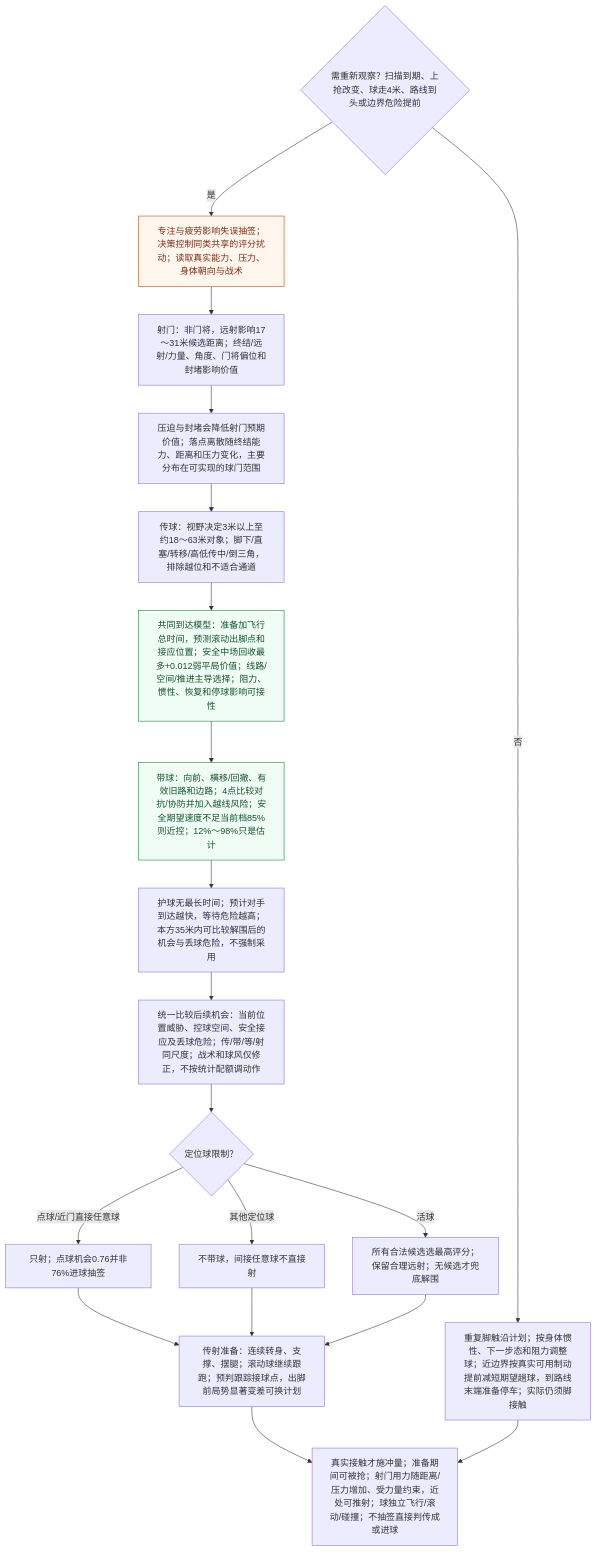
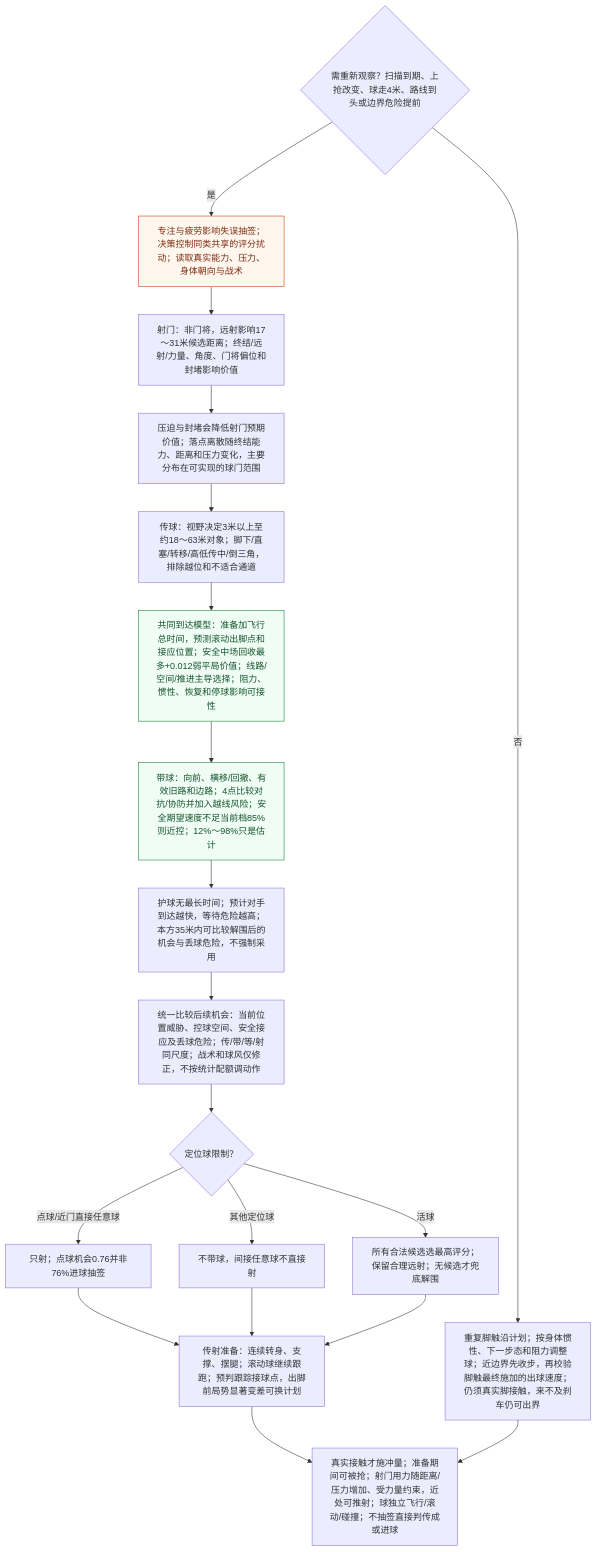
One commit to sixu3575/touchline-manager changed the fifth of 7 diagrams in packages/shared/modules/matches/design/PLAYER_DECISION_MAP.md. Above: the diagram before and after it, drawn with Mermaid. The commit also changed other lines of this file and 12 other files, not shown here.

````diff
--- a/packages/shared/modules/matches/design/PLAYER_DECISION_MAP.md
+++ b/packages/shared/modules/matches/design/PLAYER_DECISION_MAP.md
@@ -185,25 +185,25 @@
 ```mermaid
 flowchart TD
-  A0{"需重新观察？扫描到期、上抢改变、球走4米、路线到头或边界危险提前"} -->|否| AM["重复脚触沿计划；按身体惯性、下一步态和阻力调整球；近边界按真实可用制动提前减短期望趟球，到路线末端准备停车；实际仍须脚接触"]
+  A0{"需重新观察？扫描到期、上抢改变、球走4米、路线到头或边界危险提前"} -->|否| AM["重复脚触沿计划；按身体惯性、下一步态和阻力调整球；近边界先收步，再校验脚触最终施加的出球速度；仍须真实脚接触，来不及刹车仍可出界"]
   A0 -->|是| A1["专注与疲劳影响失误抽签；决策控制同类共享的评分扰动；读取真实能力、压力、身体朝向与战术"]
   A1 --> AS["射门：非门将，远射影响17～31米候选距离；终结/远射/力量、角度、门将偏位和封堵影响价值"]
   AS --> AS2["压迫与封堵会降低射门预期价值；落点离散随终结能力、距离和压力变化，主要分布在可实现的球门范围"]
   AS2 --> AP["传球：视野决定3米以上至约18～63米对象；脚下/直塞/转移/高低传中/倒三角，排除越位和不适合通道"]
   AP --> AR["共同到达模型：准备加飞行总时间，预测滚动出脚点和接应位置；安全中场回收最多+0.012弱平局价值；线路/空间/推进主导选择；阻力、惯性、恢复和停球影响可接性"]
   AR --> AC["带球：向前、横移/回撤、有效旧路和边路；4点比较对抗/协防并加入越线风险；安全期望速度不足当前档85%则近控；12%～98%只是估计"]
   AC --> AH["护球无最长时间；预计对手到达越快，等待危险越高；本方35米内可比较解围后的机会与丢球危险，不强制采用"]
   AH --> AV["统一比较后续机会：当前位置威胁、控球空间、安全接应及丢球危险；传/带/等/射同尺度；战术和球风仅修正，不按统计配额调动作"]
   AV --> AX{"定位球限制？"}
   AX -->|点球/近门直接任意球| AD["只射；点球机会0.76并非76%进球抽签"]
   AX -->|其他定位球| AF["不带球，间接任意球不直接射"]
   AX -->|活球| AB["所有合法候选选最高评分；保留合理远射；无候选才兜底解围"]
   AD --> AE["传射准备：连续转身、支撑、摆腿；滚动球继续跟跑；预判跟踪接球点，出脚前局势显著变差可换计划"]
   AF --> AE
   AB --> AE
   AE --> AK["真实接触才施冲量；准备期间可被抢；射门用力随距离/压力增加、受力量约束，近处可推射；球独立飞行/滚动/碰撞；不抽签直接判传成或进球"]
   AM --> AK
   classDef draw fill:#fff7ed,stroke:#c2410c,color:#7c2d12
   classDef estimate fill:#f0fdf4,stroke:#15803d,color:#14532d
   class A1 draw
   class AR,AC estimate
 ```
````
